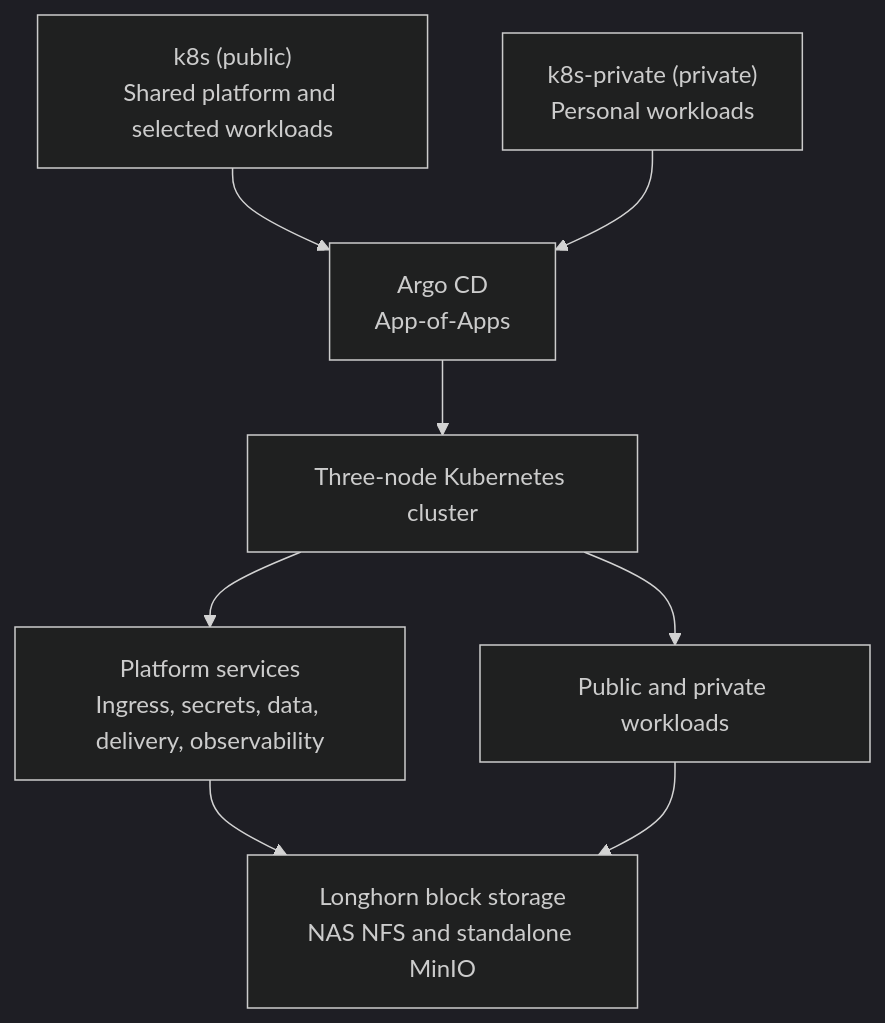
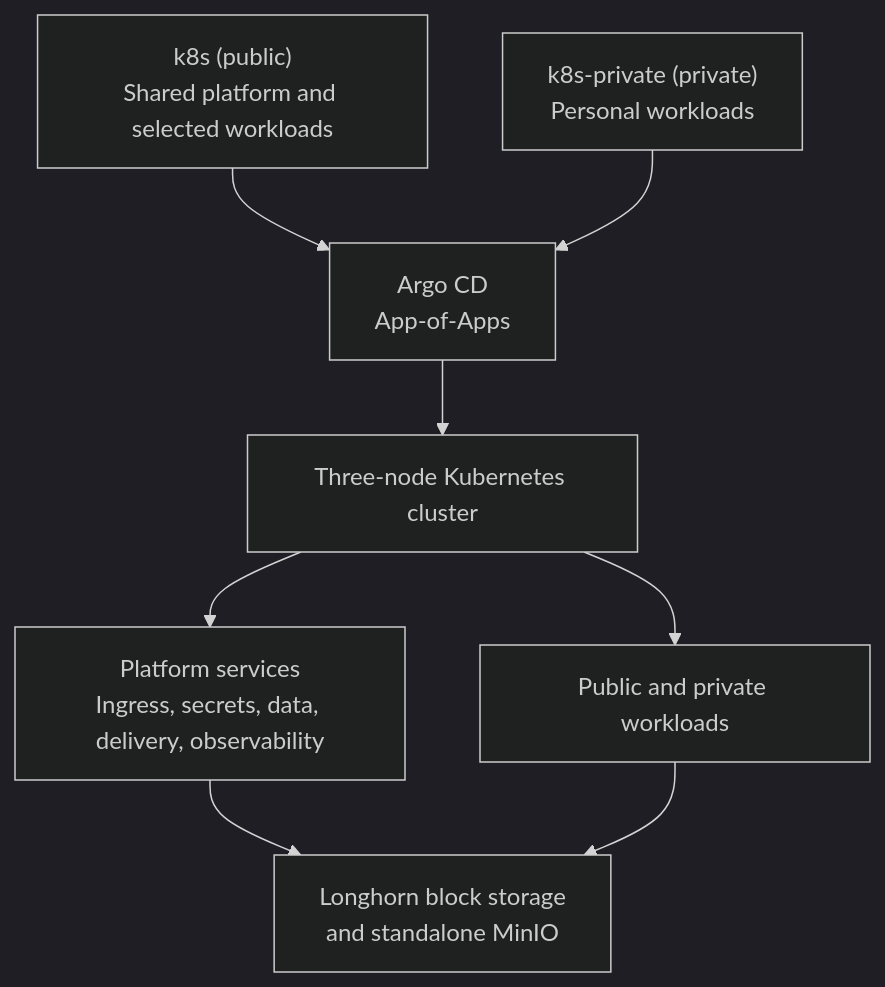
Before and after one commit to Shivppatel/k8s: the diagram in README.md, drawn with Mermaid (dark theme). The commit also changed other lines of this file and 22 other files, not shown here.

First line of the commit message:
chore(storage): remove UNAS NFS storage in favor of Longhorn

````diff
--- a/README.md
+++ b/README.md
@@ -43,18 +43,18 @@
 ```mermaid
 flowchart TB
   public["k8s (public)<br/>Shared platform and selected workloads"]
   private["k8s-private (private)<br/>Personal workloads"]
   argo["Argo CD<br/>App-of-Apps"]
   cluster["Three-node Kubernetes cluster"]
   platform["Platform services<br/>Ingress, secrets, data, delivery, observability"]
   workloads["Public and private workloads"]
-  storage["Longhorn block storage<br/>NAS NFS and standalone MinIO"]
+  storage["Longhorn block storage<br/>and standalone MinIO"]
 
   public --> argo
   private --> argo
   argo --> cluster
   cluster --> platform
   cluster --> workloads
   platform --> storage
   workloads --> storage
 ```
````
